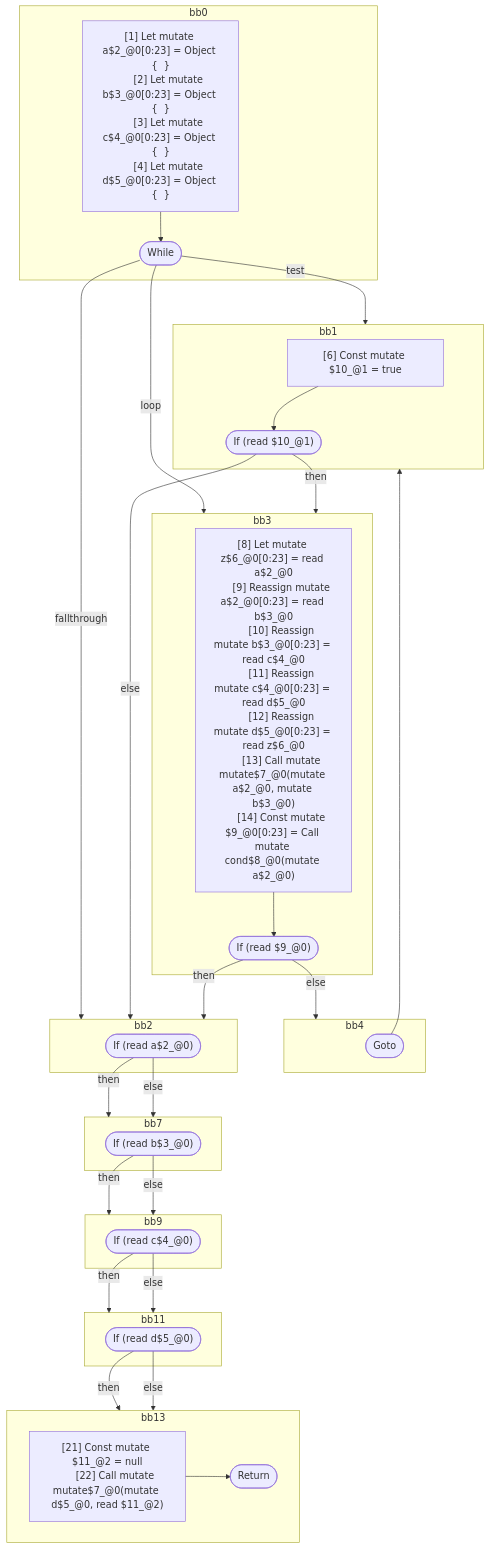
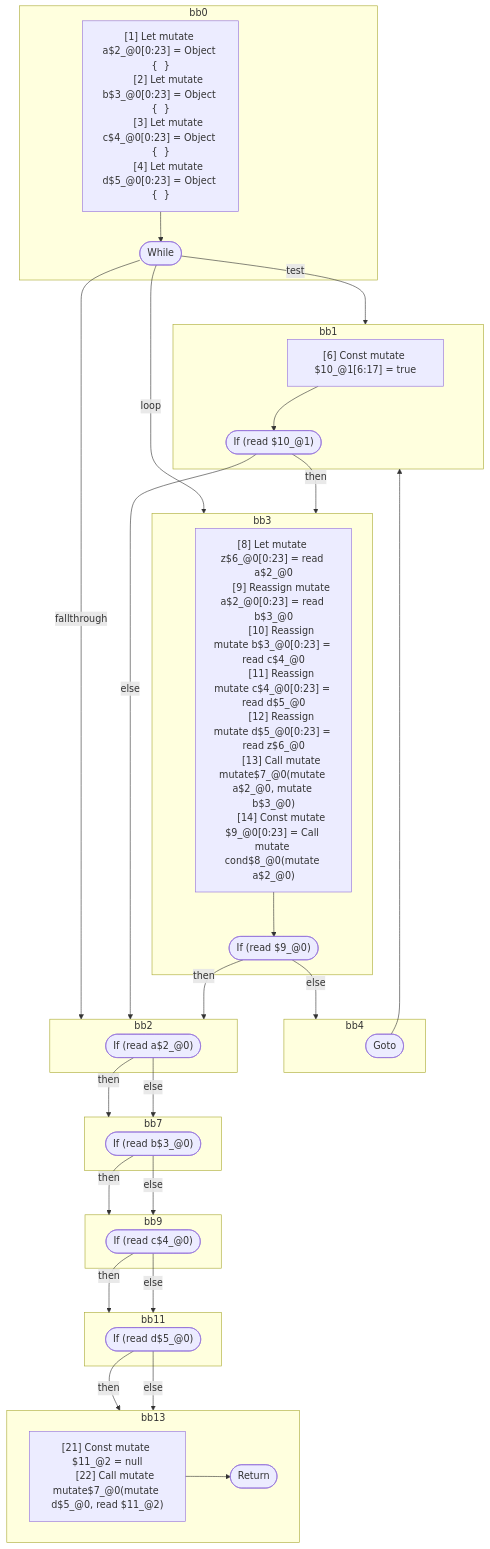
The third of 3 diagrams in compiler/forget/src/__tests__/fixtures/hir/mutable-lifetime-loops.expect.md (wutsmog/private), drawn with Mermaid before and after one commit. The commit also changed other lines of this file and 26 other files, not shown here.

````diff
--- a/compiler/forget/src/__tests__/fixtures/hir/mutable-lifetime-loops.expect.md
+++ b/compiler/forget/src/__tests__/fixtures/hir/mutable-lifetime-loops.expect.md
@@ -145,72 +145,72 @@
 ```mermaid
 flowchart TB
   %% Basic Blocks
   subgraph bb0
     bb0_instrs["
       [1] Let mutate a$2_@0[0:23] = Object {  }
       [2] Let mutate b$3_@0[0:23] = Object {  }
       [3] Let mutate c$4_@0[0:23] = Object {  }
       [4] Let mutate d$5_@0[0:23] = Object {  }
     "]
     bb0_instrs --> bb0_terminal(["While"])
   end
   subgraph bb1
     bb1_instrs["
-      [6] Const mutate $10_@1 = true
+      [6] Const mutate $10_@1[6:17] = true
     "]
     bb1_instrs --> bb1_terminal(["If (read $10_@1)"])
   end
   subgraph bb3
     bb3_instrs["
       [8] Let mutate z$6_@0[0:23] = read a$2_@0
       [9] Reassign mutate a$2_@0[0:23] = read b$3_@0
       [10] Reassign mutate b$3_@0[0:23] = read c$4_@0
       [11] Reassign mutate c$4_@0[0:23] = read d$5_@0
       [12] Reassign mutate d$5_@0[0:23] = read z$6_@0
       [13] Call mutate mutate$7_@0(mutate a$2_@0, mutate b$3_@0)
       [14] Const mutate $9_@0[0:23] = Call mutate cond$8_@0(mutate a$2_@0)
     "]
     bb3_instrs --> bb3_terminal(["If (read $9_@0)"])
   end
   subgraph bb4
     bb4_terminal(["Goto"])
   end
   subgraph bb2
     bb2_terminal(["If (read a$2_@0)"])
   end
   subgraph bb7
     bb7_terminal(["If (read b$3_@0)"])
   end
   subgraph bb9
     bb9_terminal(["If (read c$4_@0)"])
   end
   subgraph bb11
     bb11_terminal(["If (read d$5_@0)"])
   end
   subgraph bb13
     bb13_instrs["
       [21] Const mutate $11_@2 = null
       [22] Call mutate mutate$7_@0(mutate d$5_@0, read $11_@2)
     "]
     bb13_instrs --> bb13_terminal(["Return"])
   end
 
   %% Jumps
   bb0_terminal -- "test" --> bb1
   bb0_terminal -- "loop" --> bb3
   bb0_terminal -- "fallthrough" --> bb2
   bb1_terminal -- "then" --> bb3
   bb1_terminal -- "else" --> bb2
   bb3_terminal -- "then" --> bb2
   bb3_terminal -- "else" --> bb4
   bb4_terminal --> bb1
   bb2_terminal -- "then" --> bb7
   bb2_terminal -- "else" --> bb7
   bb7_terminal -- "then" --> bb9
   bb7_terminal -- "else" --> bb9
   bb9_terminal -- "then" --> bb11
   bb9_terminal -- "else" --> bb11
   bb11_terminal -- "then" --> bb13
   bb11_terminal -- "else" --> bb13
 
 ```
````
